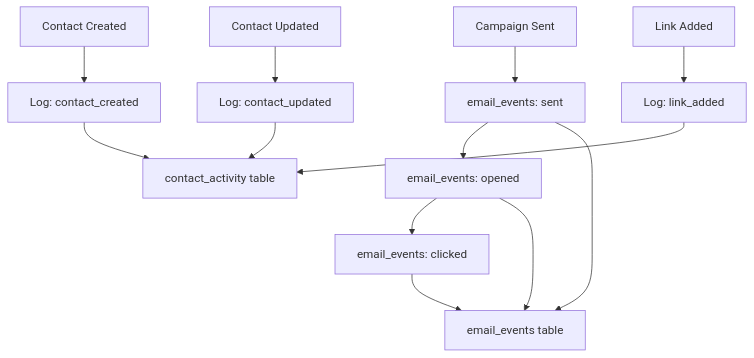
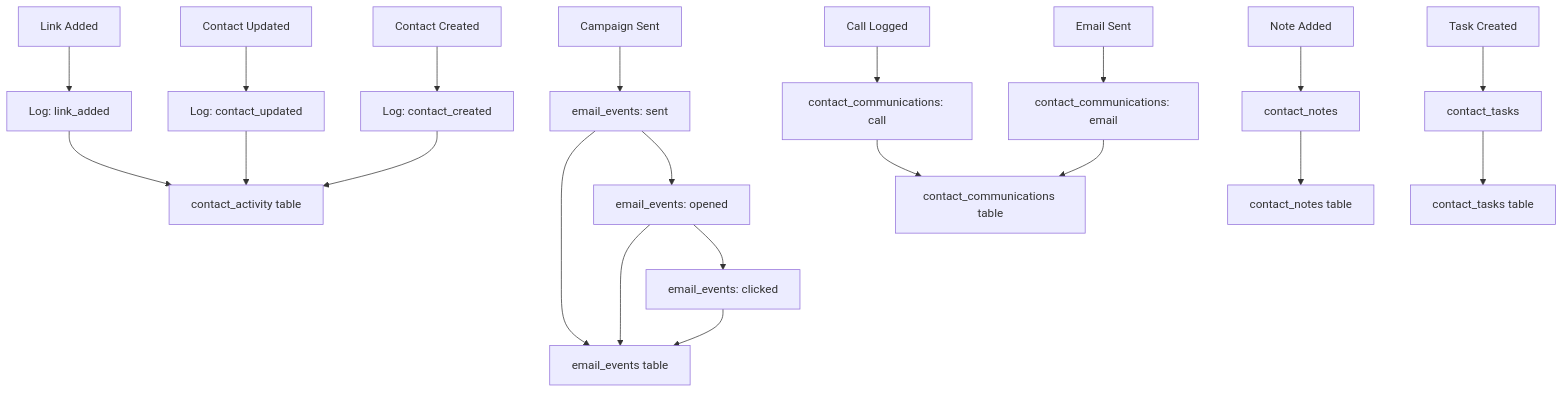
Diagram 11 of 13 in docs/erd.md (Centervert/Published_ERP), drawn with Mermaid before and after one commit. The commit also changed other lines of this file and 1 other file, not shown here.

````diff
--- a/docs/erd.md
+++ b/docs/erd.md
@@ -358,16 +807,24 @@
 ```mermaid
 flowchart TD
     A[Contact Created] --> B[Log: contact_created]
     C[Contact Updated] --> D[Log: contact_updated]
     E[Link Added] --> F[Log: link_added]
-    G[Campaign Sent] --> H[email_events: sent]
-    H --> I[email_events: opened]
-    I --> J[email_events: clicked]
+    G[Email Sent] --> H[contact_communications: email]
+    I[Call Logged] --> J[contact_communications: call]
+    K[Note Added] --> L[contact_notes]
+    M[Task Created] --> N[contact_tasks]
+    O[Campaign Sent] --> P[email_events: sent]
+    P --> Q[email_events: opened]
+    Q --> R[email_events: clicked]
     
-    B --> K[contact_activity table]
-    D --> K
-    F --> K
-    H --> L[email_events table]
-    I --> L
-    J --> L
+    B --> S[contact_activity table]
+    D --> S
+    F --> S
+    H --> T[contact_communications table]
+    J --> T
+    L --> U[contact_notes table]
+    N --> V[contact_tasks table]
+    P --> W[email_events table]
+    Q --> W
+    R --> W
 ```
````
